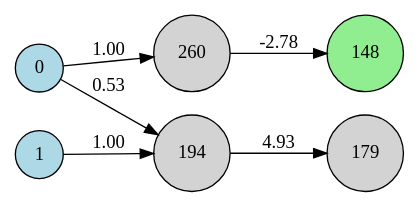
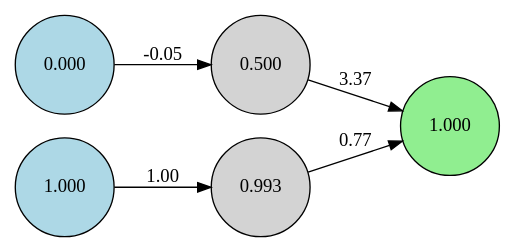
Before and after one commit to UTMIST-x-AIW/Unity-NEAT: the diagram in NEAT/Visualization/visualizations/species_90_gen_5.dot, drawn with Graphviz. The commit also changed 422 other files, not shown here.

```diff
--- a/NEAT/Visualization/visualizations/species_90_gen_5.dot
+++ b/NEAT/Visualization/visualizations/species_90_gen_5.dot
@@ -1,15 +1,13 @@
 digraph neat {
   rankdir=LR;
   node [shape=circle];
-  node0 [label="0", style=filled, fillcolor=lightblue];
-  node1 [label="1", style=filled, fillcolor=lightblue];
-  node148 [label="148", style=filled, fillcolor=lightgreen];
-  node179 [label="179", style=filled, fillcolor=lightgray];
-  node194 [label="194", style=filled, fillcolor=lightgray];
-  node260 [label="260", style=filled, fillcolor=lightgray];
-  node1 -> node194 [label="1.00"];
-  node194 -> node179 [label="4.93"];
-  node0 -> node260 [label="1.00"];
-  node260 -> node148 [label="-2.78"];
-  node0 -> node194 [label="0.53"];
+  node0 [label="0.000", style=filled, fillcolor=lightblue];
+  node1 [label="1.000", style=filled, fillcolor=lightblue];
+  node73 [label="1.000", style=filled, fillcolor=lightgreen];
+  node166 [label="0.500", style=filled, fillcolor=lightgray];
+  node191 [label="0.993", style=filled, fillcolor=lightgray];
+  node0 -> node166 [label="-0.05"];
+  node166 -> node73 [label="3.37"];
+  node1 -> node191 [label="1.00"];
+  node191 -> node73 [label="0.77"];
 }
```
